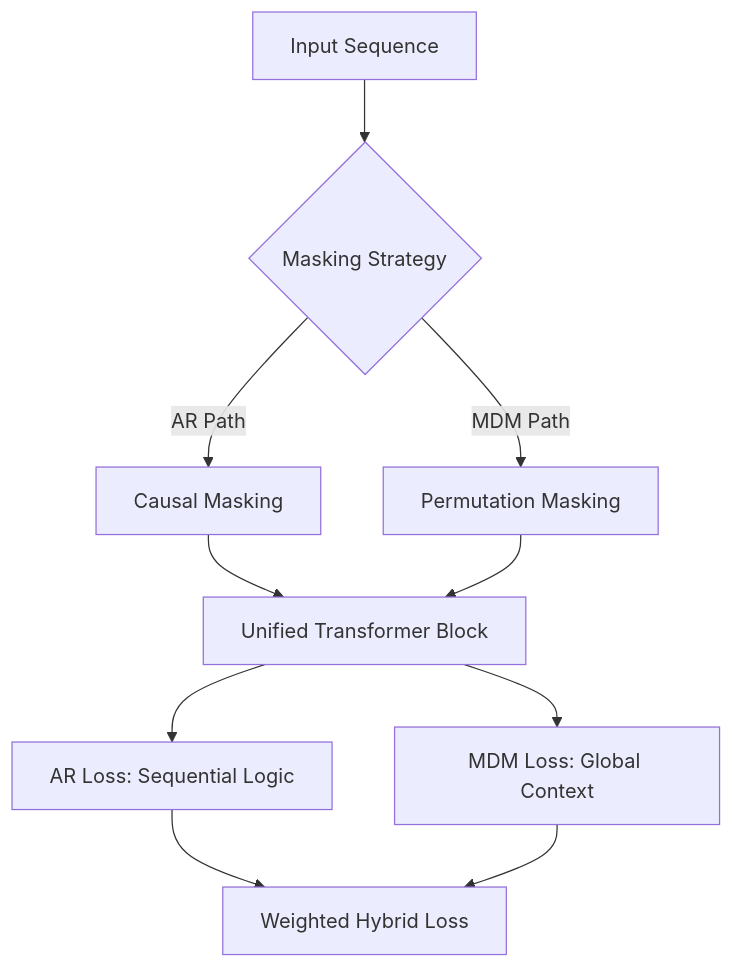
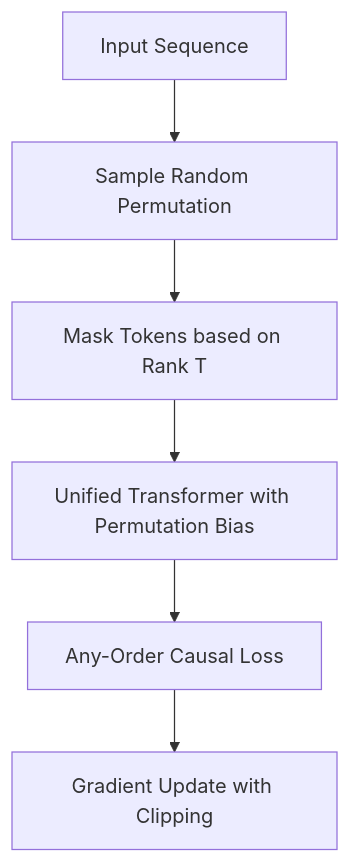
Before and after one commit to GReturn/Esoteric-Tiny-Stories: the second of 2 diagrams in README.md, drawn with Mermaid. The commit also changed other lines of this file and 1 other file, not shown here.

````diff
--- a/README.md
+++ b/README.md
@@ -61,15 +54,8 @@
 ```mermaid
 graph TD
-    Data[Input Sequence] --> Masking{Masking Strategy}
-    Masking -->|AR Path| Causal[Causal Masking]
-    Masking -->|MDM Path| Permute[Permutation Masking]
-    
-    Causal --> Transformer[Unified Transformer Block]
-    Permute --> Transformer
-    
-    Transformer --> AR_Loss[AR Loss: Sequential Logic]
-    Transformer --> MDM_Loss[MDM Loss: Global Context]
-    
-    AR_Loss --> Total[Weighted Hybrid Loss]
-    MDM_Loss --> Total
+    Data[Input Sequence] --> Permute[Sample Random Permutation]
+    Permute --> Mask[Mask Tokens based on Rank T]
+    Mask --> Transformer[Unified Transformer with Permutation Bias]
+    Transformer --> AO_Loss[Any-Order Causal Loss]
+    AO_Loss --> Backprop[Gradient Update with Clipping]
 ```
````
